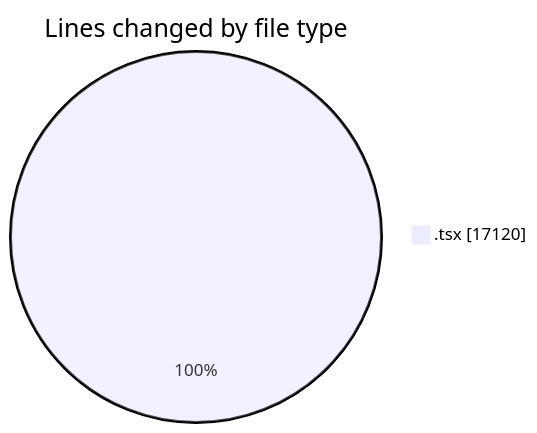
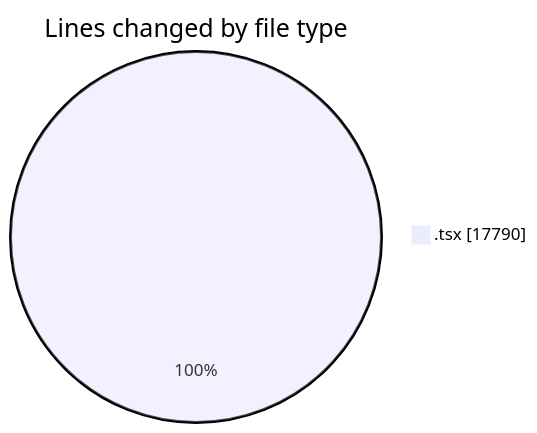
Before and after one commit to nxtqubesakshisongat/code-tracking: the first of 2 diagrams in 2026-08-23/nxtqube_webapp/README.md, drawn with Mermaid. The commit also changed other lines of this file and 1 other file, not shown here.

````diff
--- a/2026-08-23/nxtqube_webapp/README.md
+++ b/2026-08-23/nxtqube_webapp/README.md
@@ -47,5 +49,5 @@
 ```mermaid
 pie showData
 title Lines changed by file type
-".tsx" : 17120
+".tsx" : 17790
 ```
````
